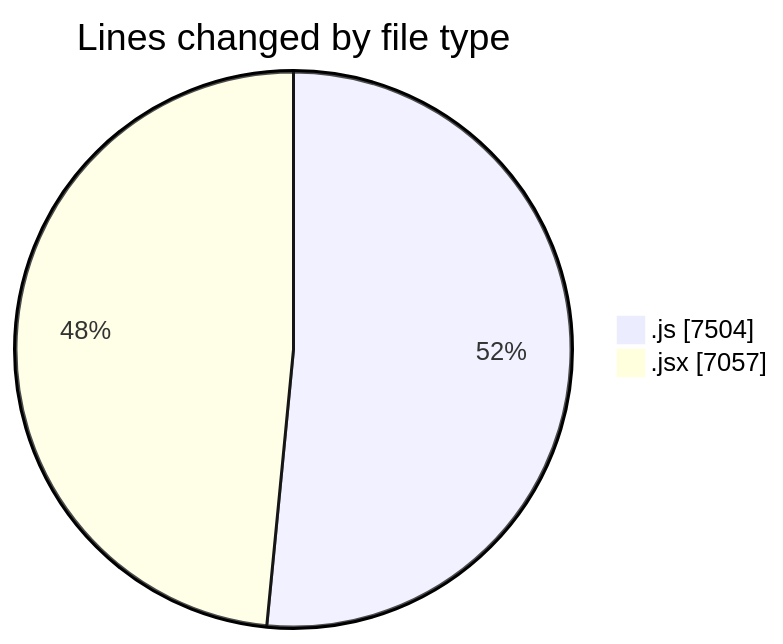
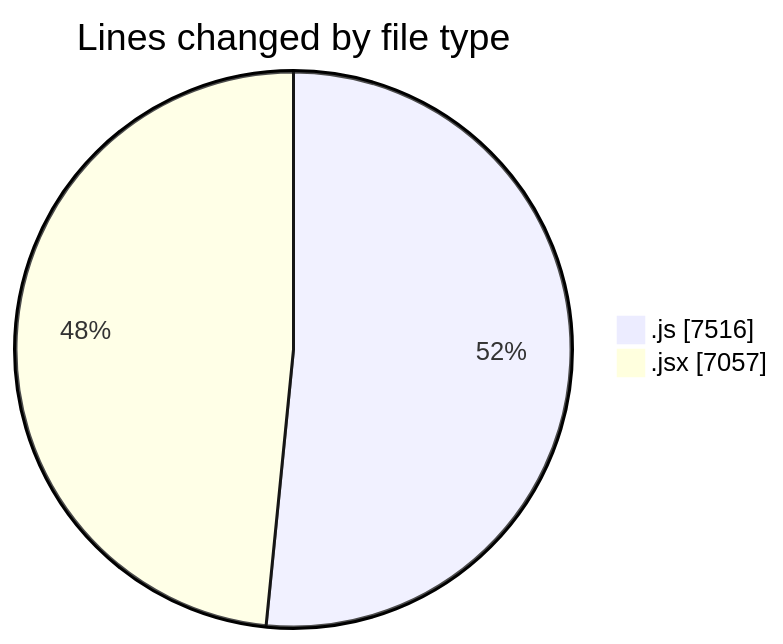
One commit to nxtqubesakshisongat/code-tracking changed the first of 2 diagrams in 2025-09-24/nxtqube_webapp/README.md. Above: the diagram before and after it, drawn with Mermaid. The commit also changed other lines of this file and 1 other file, not shown here.

````diff
--- a/2025-09-24/nxtqube_webapp/README.md
+++ b/2025-09-24/nxtqube_webapp/README.md
@@ -23,6 +23,6 @@
 ```mermaid
 pie showData
 title Lines changed by file type
-".js" : 7504
+".js" : 7516
 ".jsx" : 7057
 ```
````
